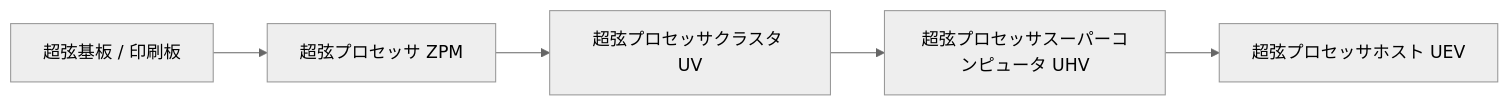
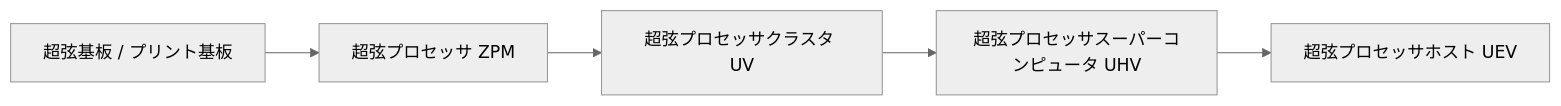
Before and after one commit to takanashisatou/GregtechEasy: the first of 2 diagrams in docs/ja/gtecore/circuits-and-materials.md, drawn with Mermaid (neutral theme). The commit also changed other lines of this file and 138 other files, not shown here.

````diff
--- a/docs/ja/gtecore/circuits-and-materials.md
+++ b/docs/ja/gtecore/circuits-and-materials.md
@@ -11,7 +11,7 @@
 ```mermaid
 graph LR
-    A[超弦基板 / 印刷板] --> B[超弦プロセッサ ZPM]
+    A[超弦基板 / プリント基板] --> B[超弦プロセッサ ZPM]
     B --> C[超弦プロセッサクラスタ UV]
     C --> D[超弦プロセッサスーパーコンピュータ UHV]
     D --> E[超弦プロセッサホスト UEV]
 ```
````
